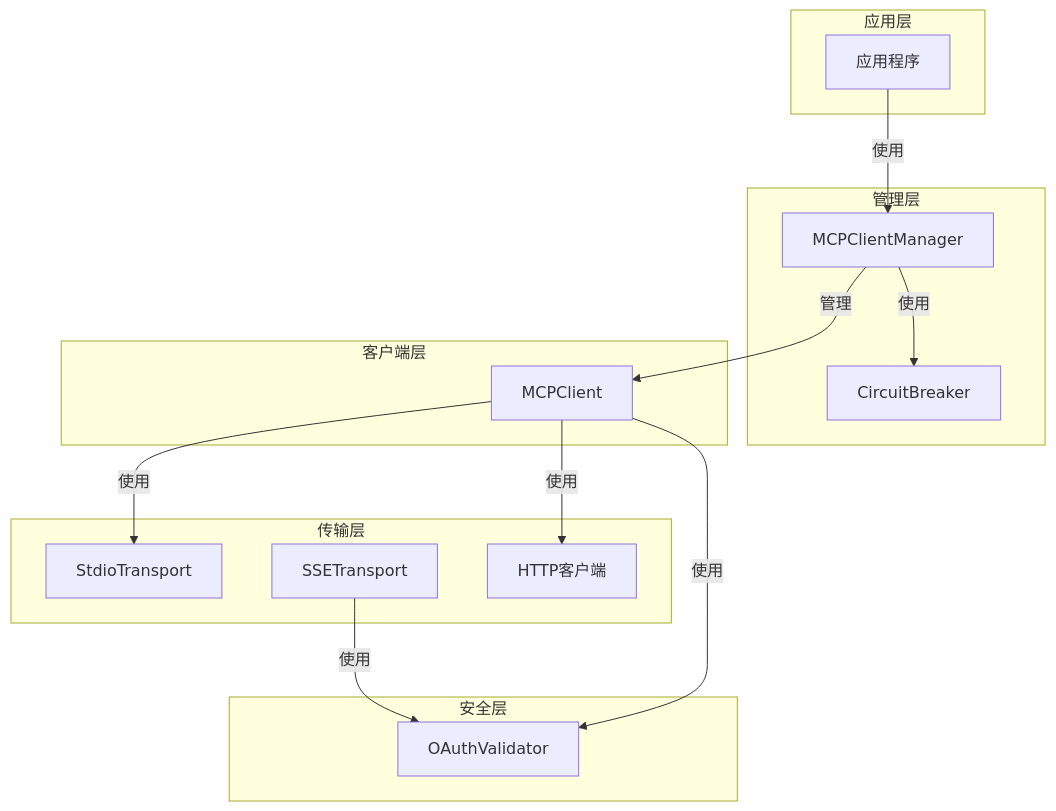
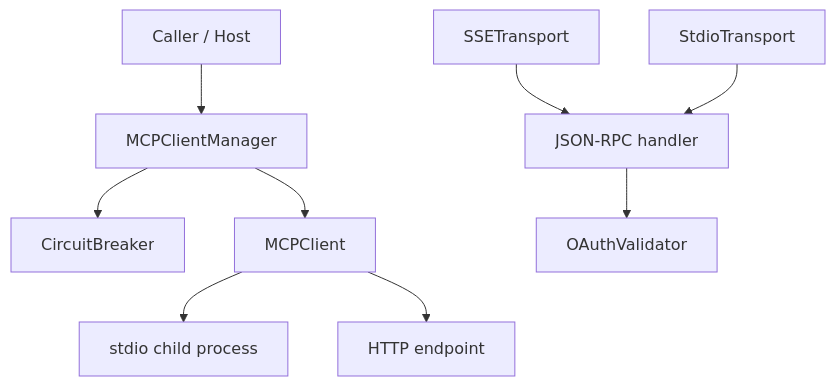
One commit to nerdneilsfield/code-wiki-pages changed the diagram in public/loki-mode-docs/MCP Protocol.md. Above: the diagram before and after it, drawn with Mermaid. The commit also changed other lines of this file and 399 other files, not shown here.

````diff
--- a/public/loki-mode-docs/MCP Protocol.md
+++ b/public/loki-mode-docs/MCP Protocol.md
@@ -35,33 +39,11 @@
 ```mermaid
-graph TB
-    subgraph "应用层"
-        App[应用程序]
-    end
-    
-    subgraph "管理层"
-        Mgr[MCPClientManager]
-        CB[CircuitBreaker]
-    end
-    
-    subgraph "客户端层"
-        Client[MCPClient]
-    end
-    
-    subgraph "传输层"
-        Stdio[StdioTransport]
-        SSE[SSETransport]
-        HTTP[HTTP客户端]
-    end
-    
-    subgraph "安全层"
-        OAuth[OAuthValidator]
-    end
-    
-    App -->|使用| Mgr
-    Mgr -->|管理| Client
-    Mgr -->|使用| CB
-    Client -->|使用| Stdio
-    Client -->|使用| HTTP
-    SSE -->|使用| OAuth
-    Client -->|使用| OAuth
+graph TD
+    A[Caller / Host] --> B[MCPClientManager]
+    B --> C[CircuitBreaker]
+    B --> D[MCPClient]
+    D --> E[stdio child process]
+    D --> F[HTTP endpoint]
+    G[SSETransport] --> H[JSON-RPC handler]
+    I[StdioTransport] --> H
+    H --> J[OAuthValidator]
 ```
````
